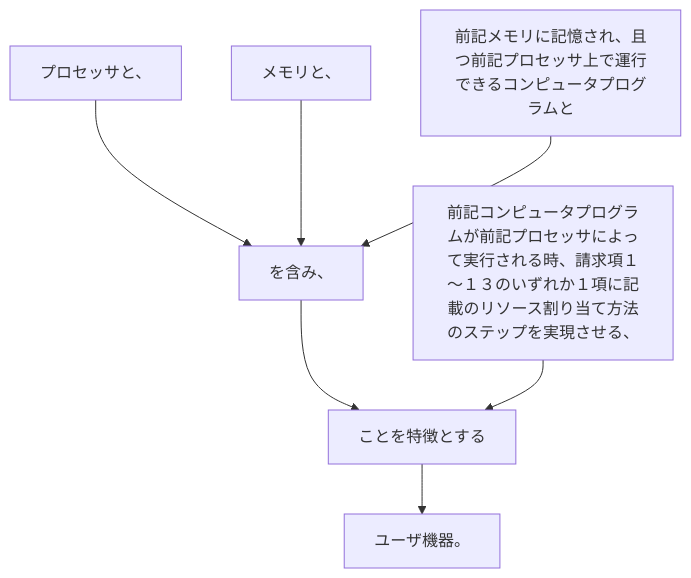
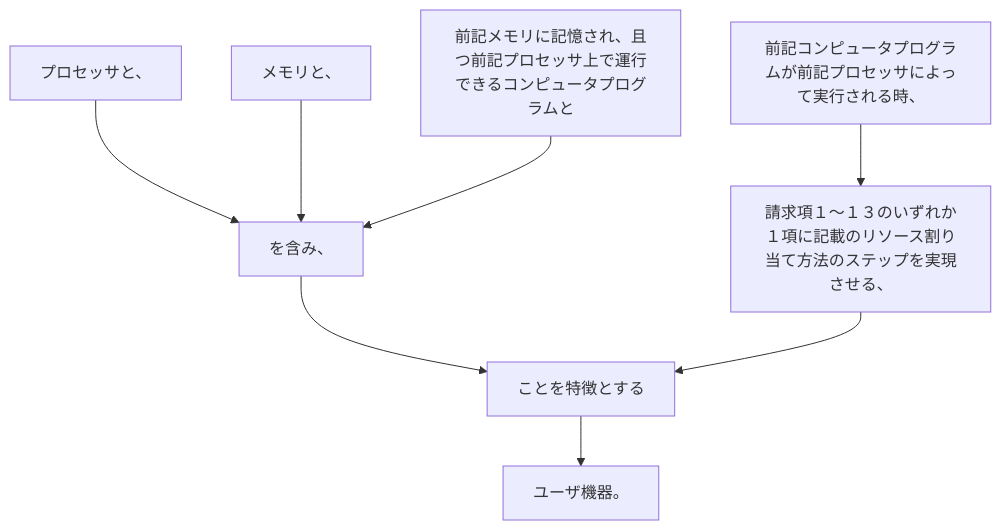
The diagram in 2024/JP2024029186A/claim_24/README.md (shinmori55/patent_analyzed), drawn with Mermaid before and after one commit. The commit also changed 336 other files, not shown here.

````diff
--- a/2024/JP2024029186A/claim_24/README.md
+++ b/2024/JP2024029186A/claim_24/README.md
@@ -2,16 +2,18 @@
 ```mermaid
 flowchart TD
 A[プロセッサと、]
 B[メモリと、]
 C[前記メモリに記憶され、且つ前記プロセッサ上で運行できるコンピュータプログラムと]
 D[を含み、]
-E[前記コンピュータプログラムが前記プロセッサによって実行される時、請求項１～１３のいずれか１項に記載のリソース割り当て方法のステップを実現させる、]
-F[ことを特徴とする]
-G[ユーザ機器。]
+E[前記コンピュータプログラムが前記プロセッサによって実行される時、]
+F[請求項１～１３のいずれか１項に記載のリソース割り当て方法のステップを実現させる、]
+G[ことを特徴とする]
+H[ユーザ機器。]
 A --> D
 B --> D
 C --> D
-D --> F
+D --> G
 E --> F
 F --> G
+G --> H
 ```
````
